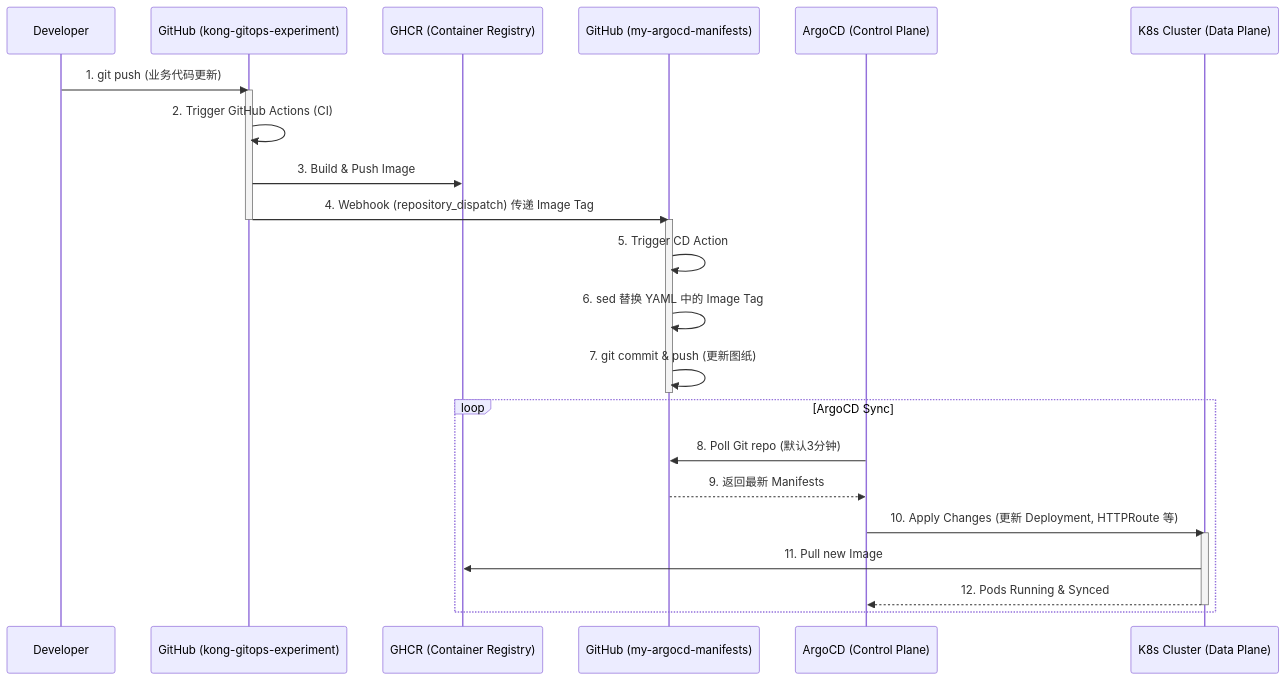
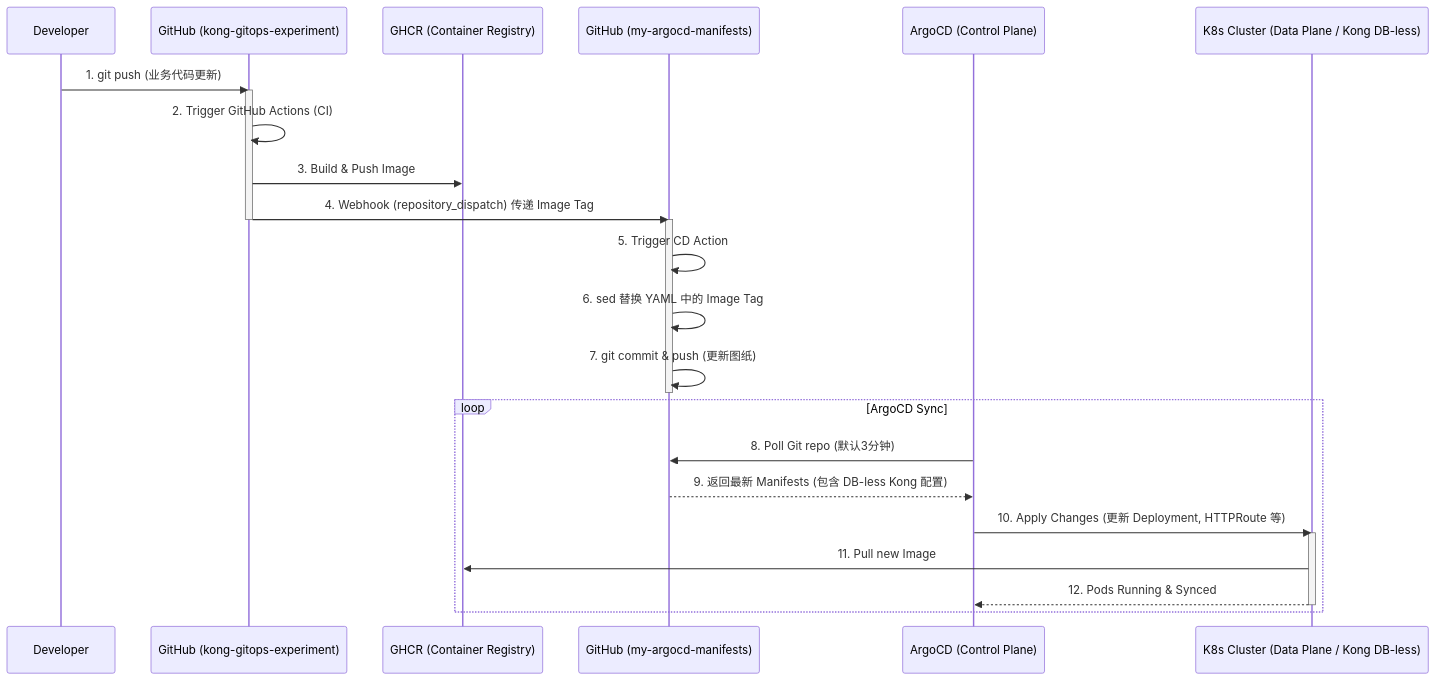
Before and after one commit to nvd11/my-blogs: the diagram in gitops-gateway-api-microservices.md, drawn with Mermaid. The commit also changed other lines of this file, not shown here.

Commit message:
docs: add Kong db-less and CP/DP architecture explanation

````diff
--- a/gitops-gateway-api-microservices.md
+++ b/gitops-gateway-api-microservices.md
@@ -26,32 +35,32 @@
 ```mermaid
 sequenceDiagram
     participant Dev as Developer
     participant CI_Repo as GitHub (kong-gitops-experiment)
     participant GHCR as GHCR (Container Registry)
     participant CD_Repo as GitHub (my-argocd-manifests)
     participant ArgoCD as ArgoCD (Control Plane)
-    participant K8s as K8s Cluster (Data Plane)
+    participant K8s as K8s Cluster (Data Plane / Kong DB-less)
 
     Dev->>CI_Repo: 1. git push (业务代码更新)
     activate CI_Repo
     CI_Repo->>CI_Repo: 2. Trigger GitHub Actions (CI)
     CI_Repo->>GHCR: 3. Build & Push Image
     CI_Repo->>CD_Repo: 4. Webhook (repository_dispatch) 传递 Image Tag
     deactivate CI_Repo
 
     activate CD_Repo
     CD_Repo->>CD_Repo: 5. Trigger CD Action
     CD_Repo->>CD_Repo: 6. sed 替换 YAML 中的 Image Tag
     CD_Repo->>CD_Repo: 7. git commit & push (更新图纸)
     deactivate CD_Repo
 
     loop ArgoCD Sync
         ArgoCD->>CD_Repo: 8. Poll Git repo (默认3分钟)
-        CD_Repo-->>ArgoCD: 9. 返回最新 Manifests
+        CD_Repo-->>ArgoCD: 9. 返回最新 Manifests (包含 DB-less Kong 配置)
         ArgoCD->>K8s: 10. Apply Changes (更新 Deployment, HTTPRoute 等)
         activate K8s
         K8s->>GHCR: 11. Pull new Image
         K8s-->>ArgoCD: 12. Pods Running & Synced
         deactivate K8s
     end
 ```
````
